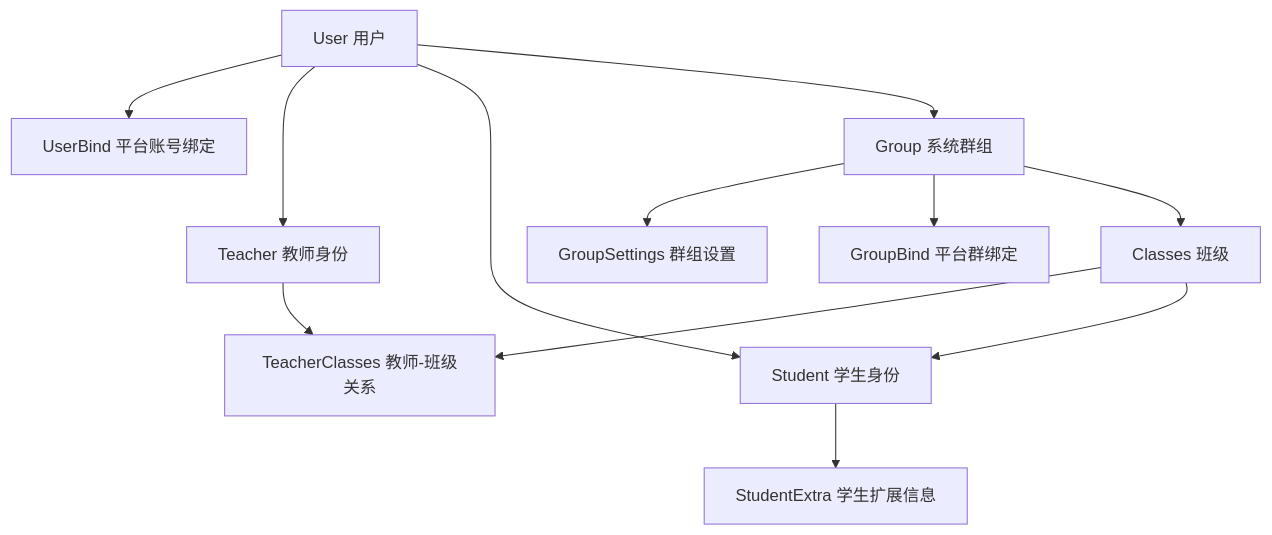
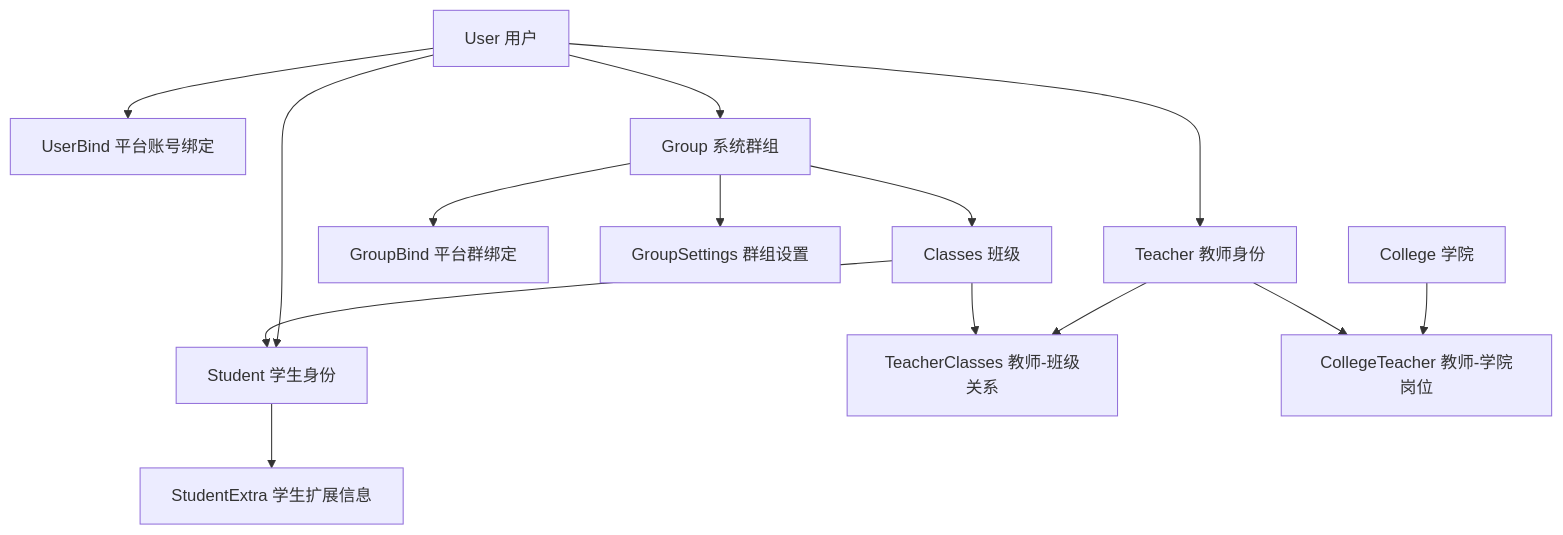
The diagram in utils/models/README.md (ClassRobot/ClassRobot), drawn with Mermaid before and after one commit. The commit also changed other lines of this file and 66 other files, not shown here.

````diff
--- a/utils/models/README.md
+++ b/utils/models/README.md
@@ -184,25 +185,29 @@
 ```mermaid
 flowchart TD
     User["User 用户"]
     UserBind["UserBind 平台账号绑定"]
     Teacher["Teacher 教师身份"]
     Student["Student 学生身份"]
     StudentExtra["StudentExtra 学生扩展信息"]
     Group["Group 系统群组"]
     GroupBind["GroupBind 平台群绑定"]
     GroupSettings["GroupSettings 群组设置"]
     Classes["Classes 班级"]
     TeacherClasses["TeacherClasses 教师-班级关系"]
+    College["College 学院"]
+    CollegeTeacher["CollegeTeacher 教师-学院岗位"]
 
     User --> UserBind
     User --> Teacher
     User --> Student
     Student --> StudentExtra
     User --> Group
     Group --> GroupSettings
     Group --> GroupBind
     Group --> Classes
     Teacher --> TeacherClasses
     Classes --> TeacherClasses
+    College --> CollegeTeacher
+    Teacher --> CollegeTeacher
     Classes --> Student
 ```
````
